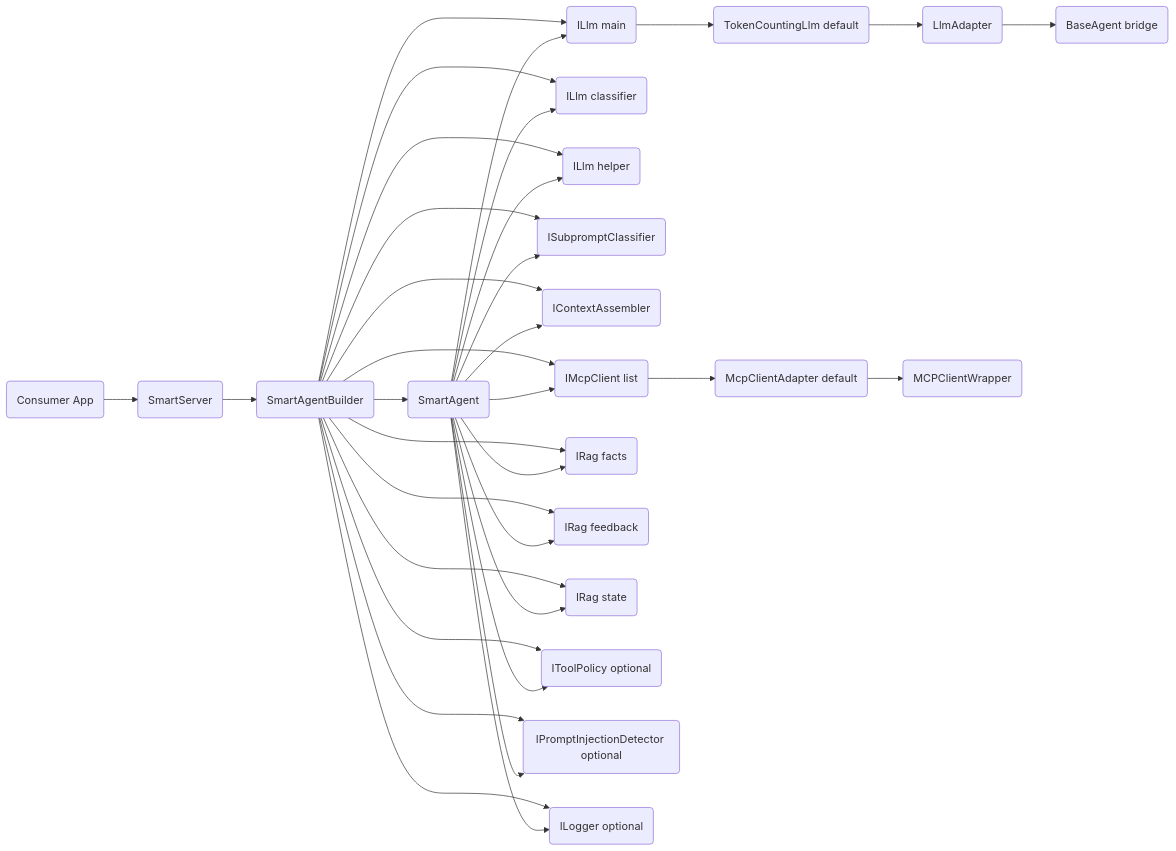
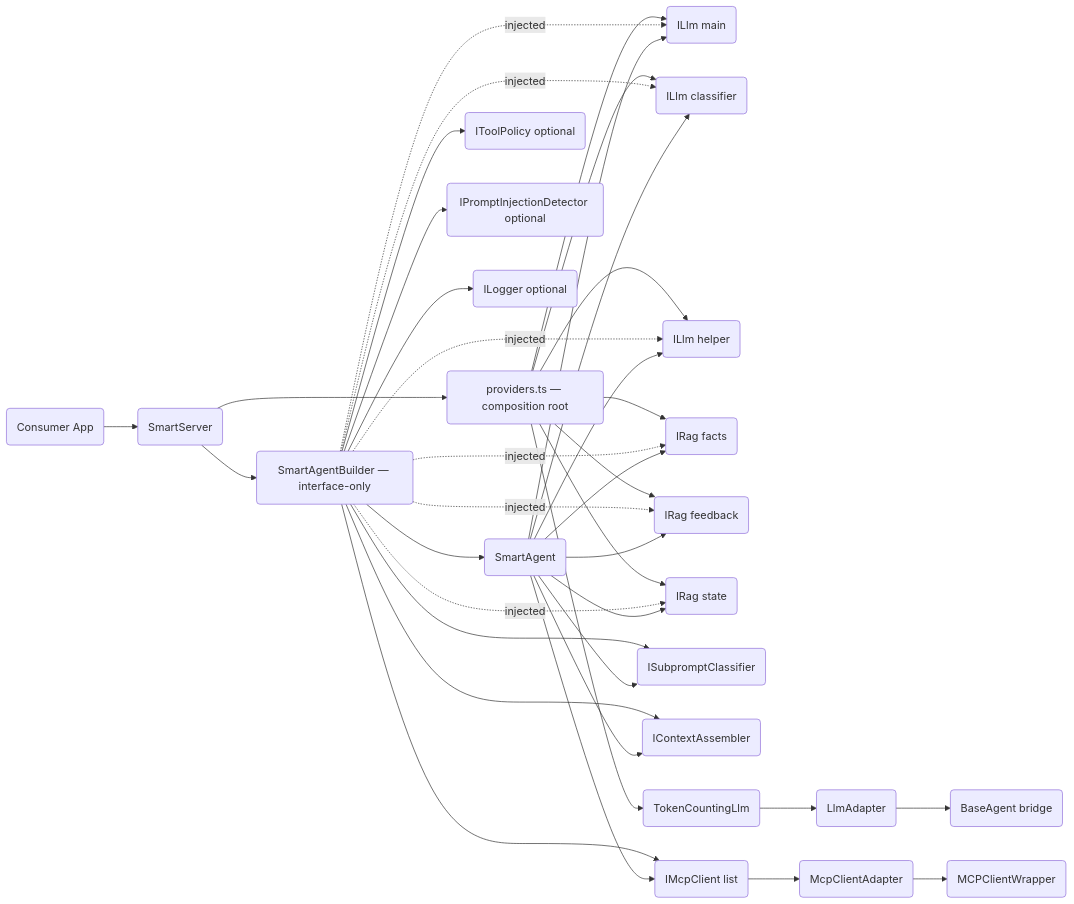
The first of 2 diagrams in docs/ARCHITECTURE.md (fr0ster/llm-agent), drawn with Mermaid before and after one commit. The commit also changed other lines of this file and 7 other files, not shown here.

First line of the commit message:
refactor: decouple Builder from concrete providers — pure DI

````diff
--- a/docs/ARCHITECTURE.md
+++ b/docs/ARCHITECTURE.md
@@ -30,39 +31,44 @@
 ```mermaid
 flowchart LR
   App("Consumer App") --> SS("SmartServer")
-  SS --> B("SmartAgentBuilder")
+  SS --> P("providers.ts — composition root")
+  P --> LMain("ILlm main")
+  P --> LCls("ILlm classifier")
+  P --> LHelp("ILlm helper")
+  P --> RF("IRag facts")
+  P --> RFB("IRag feedback")
+  P --> RS("IRag state")
+
+  SS --> B("SmartAgentBuilder — interface-only")
   B --> SA("SmartAgent")
 
-  B --> LMain("ILlm main")
-  B --> LCls("ILlm classifier")
-  B --> LHelp("ILlm helper")
+  B -.->|injected| LMain
+  B -.->|injected| LCls
+  B -.->|injected| LHelp
+  B -.->|injected| RF
+  B -.->|injected| RFB
+  B -.->|injected| RS
   B --> CfgC("ISubpromptClassifier")
   B --> Ctx("IContextAssembler")
   B --> MCPS("IMcpClient list")
-  B --> RF("IRag facts")
-  B --> RFB("IRag feedback")
-  B --> RS("IRag state")
   B --> TP("IToolPolicy optional")
   B --> ID("IPromptInjectionDetector optional")
   B --> LG("ILogger optional")
 
   SA --> LMain
   SA --> LCls
   SA --> LHelp
   SA --> CfgC
   SA --> Ctx
   SA --> MCPS
   SA --> RF
   SA --> RFB
   SA --> RS
-  SA --> TP
-  SA --> ID
-  SA --> LG
 
-  LMain --> TC("TokenCountingLlm default")
+  P --> TC("TokenCountingLlm")
   TC --> LA("LlmAdapter")
   LA --> BA("BaseAgent bridge")
 
-  MCPS --> MCA("McpClientAdapter default")
+  MCPS --> MCA("McpClientAdapter")
   MCA --> MCPW("MCPClientWrapper")
 ```
````
